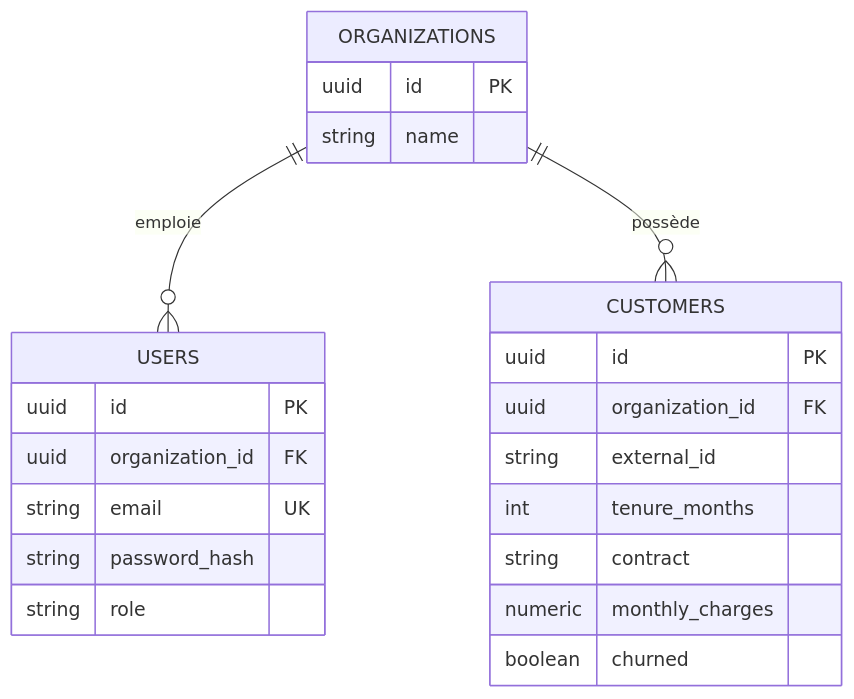
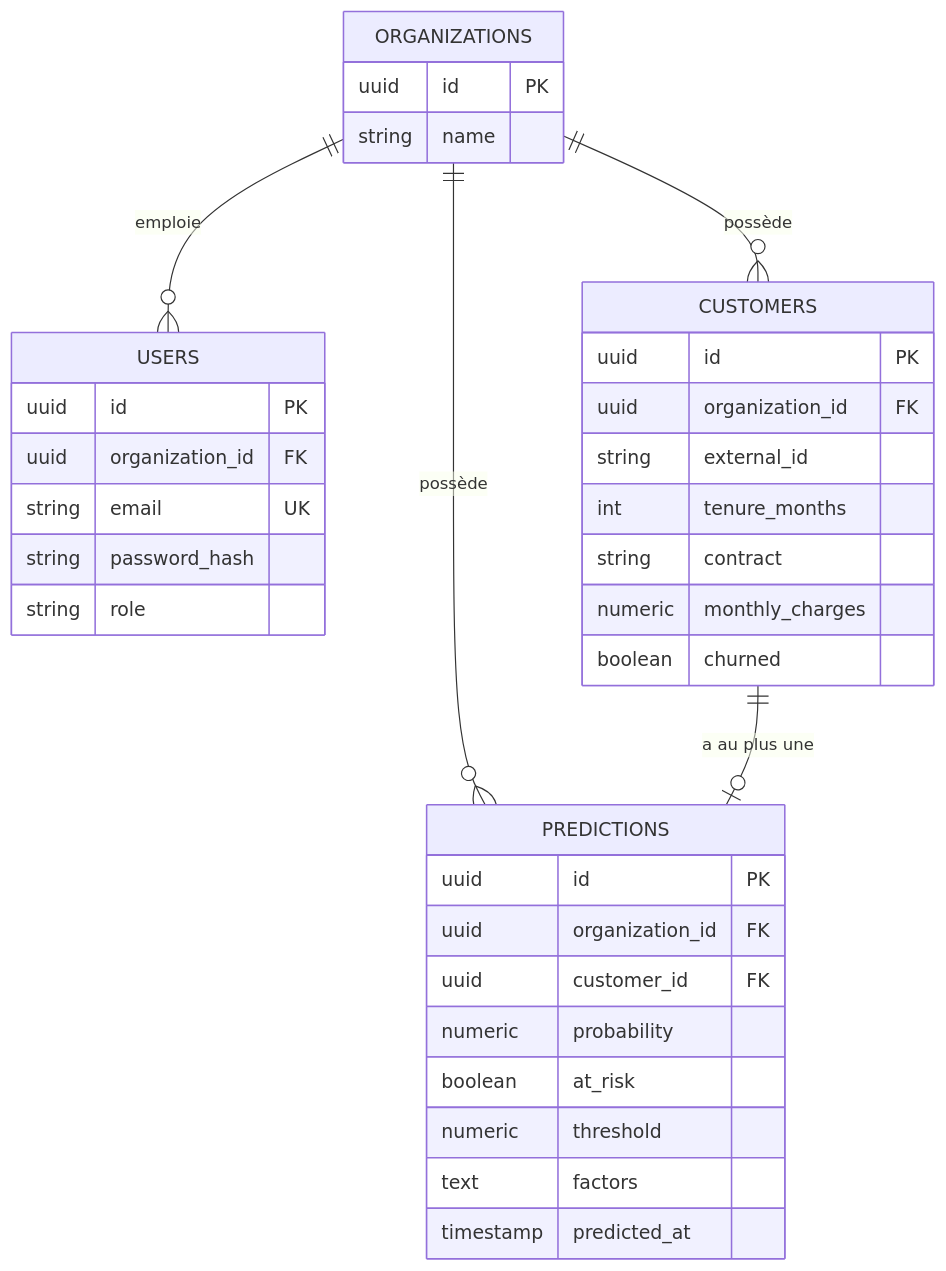
One commit to ELKHALIFA-AYMEN/churnguard changed the third of 3 diagrams in docs/architecture.md. Above: the diagram before and after it, drawn with Mermaid. The commit also changed other lines of this file and 1 other file, not shown here.

Commit message:
docs: rewrite README and update architecture documentation

````diff
--- a/docs/architecture.md
+++ b/docs/architecture.md
@@ -23,25 +42,37 @@
 ```mermaid
 erDiagram
     ORGANIZATIONS ||--o{ USERS : "emploie"
     ORGANIZATIONS ||--o{ CUSTOMERS : "possède"
+    ORGANIZATIONS ||--o{ PREDICTIONS : "possède"
+    CUSTOMERS ||--o| PREDICTIONS : "a au plus une"
     ORGANIZATIONS {
         uuid id PK
         string name
     }
     USERS {
         uuid id PK
         uuid organization_id FK
         string email UK
         string password_hash
         string role
     }
     CUSTOMERS {
         uuid id PK
         uuid organization_id FK
         string external_id
         int tenure_months
         string contract
         numeric monthly_charges
         boolean churned
     }
+    PREDICTIONS {
+        uuid id PK
+        uuid organization_id FK
+        uuid customer_id FK
+        numeric probability
+        boolean at_risk
+        numeric threshold
+        text factors
+        timestamp predicted_at
+    }
 ```
````
